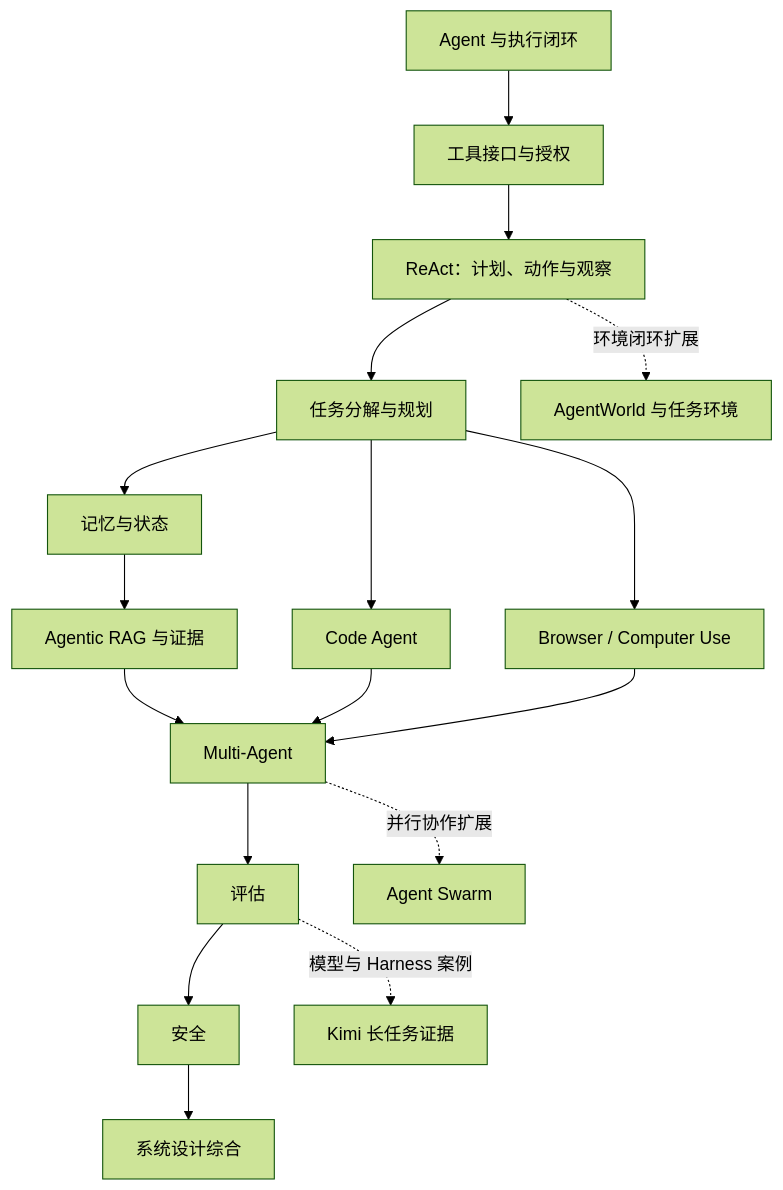
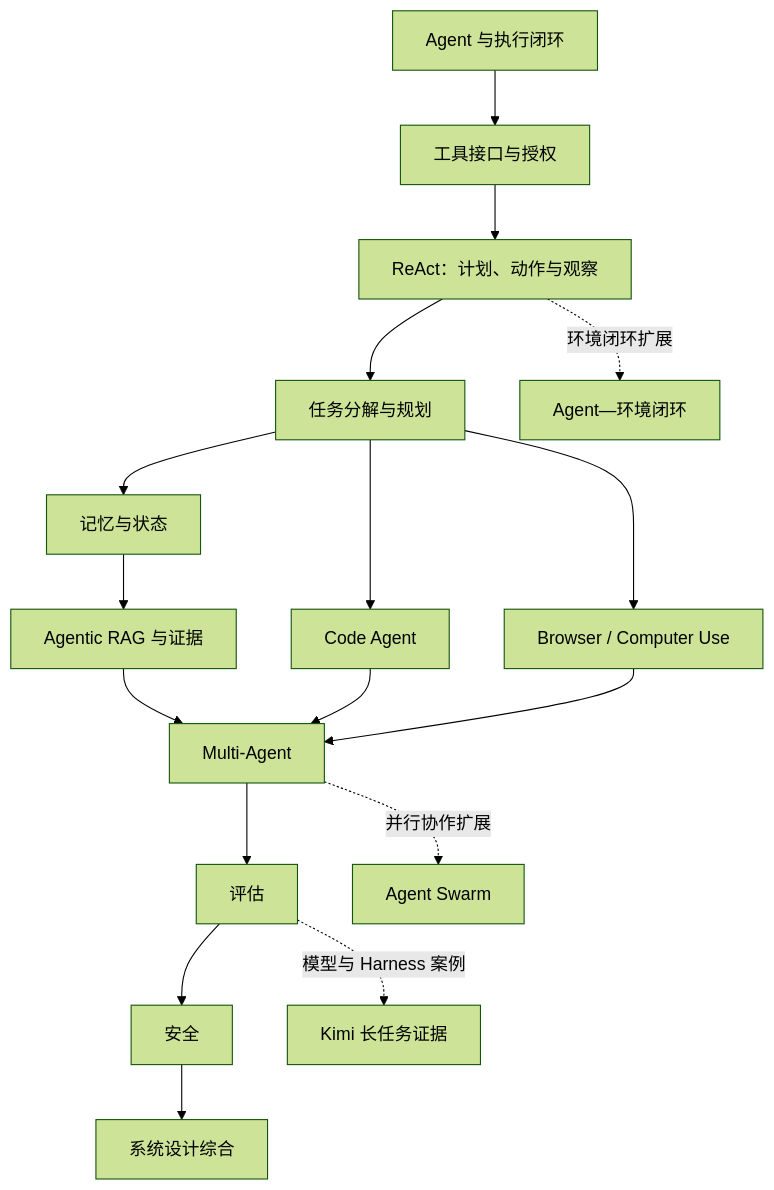
One commit to ChanChiChoi/llm-from-zero-to-interview changed the diagram in book-17-agent-tool-use/简介.md. Above: the diagram before and after it, drawn with Mermaid (forest theme). The commit also changed other lines of this file and 132 other files, not shown here.

````diff
--- a/book-17-agent-tool-use/简介.md
+++ b/book-17-agent-tool-use/简介.md
@@ -19,19 +19,19 @@
 ```mermaid
 flowchart TD
     A["Agent 与执行闭环"] --> B["工具接口与授权"]
     B --> C["ReAct：计划、动作与观察"]
     C --> D["任务分解与规划"]
     D --> E["记忆与状态"]
     E --> F["Agentic RAG 与证据"]
     D --> G["Code Agent"]
     D --> H["Browser / Computer Use"]
     F --> I["Multi-Agent"]
     G --> I
     H --> I
     I --> J["评估"]
     J --> K["安全"]
     K --> L["系统设计综合"]
-    C -.->|环境闭环扩展| M["AgentWorld 与任务环境"]
+    C -.->|环境闭环扩展| M["Agent—环境闭环"]
     I -.->|并行协作扩展| N["Agent Swarm"]
     J -.->|模型与 Harness 案例| O["Kimi 长任务证据"]
 ```
````
